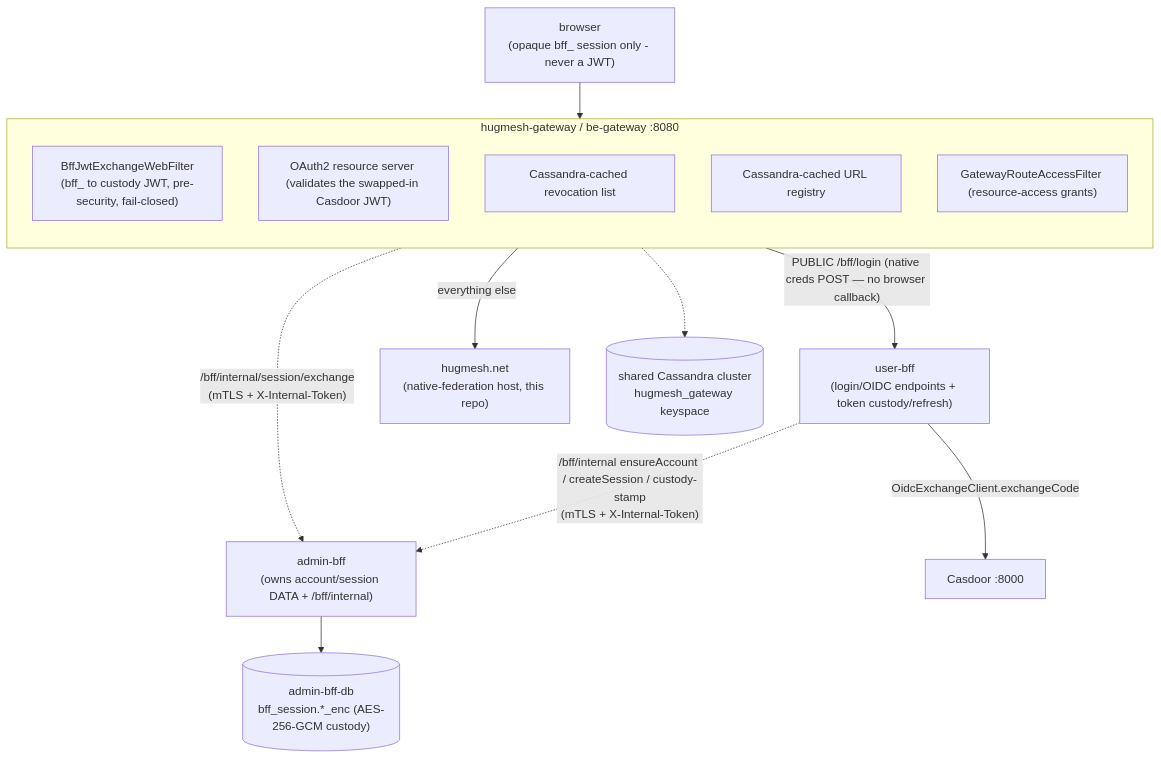
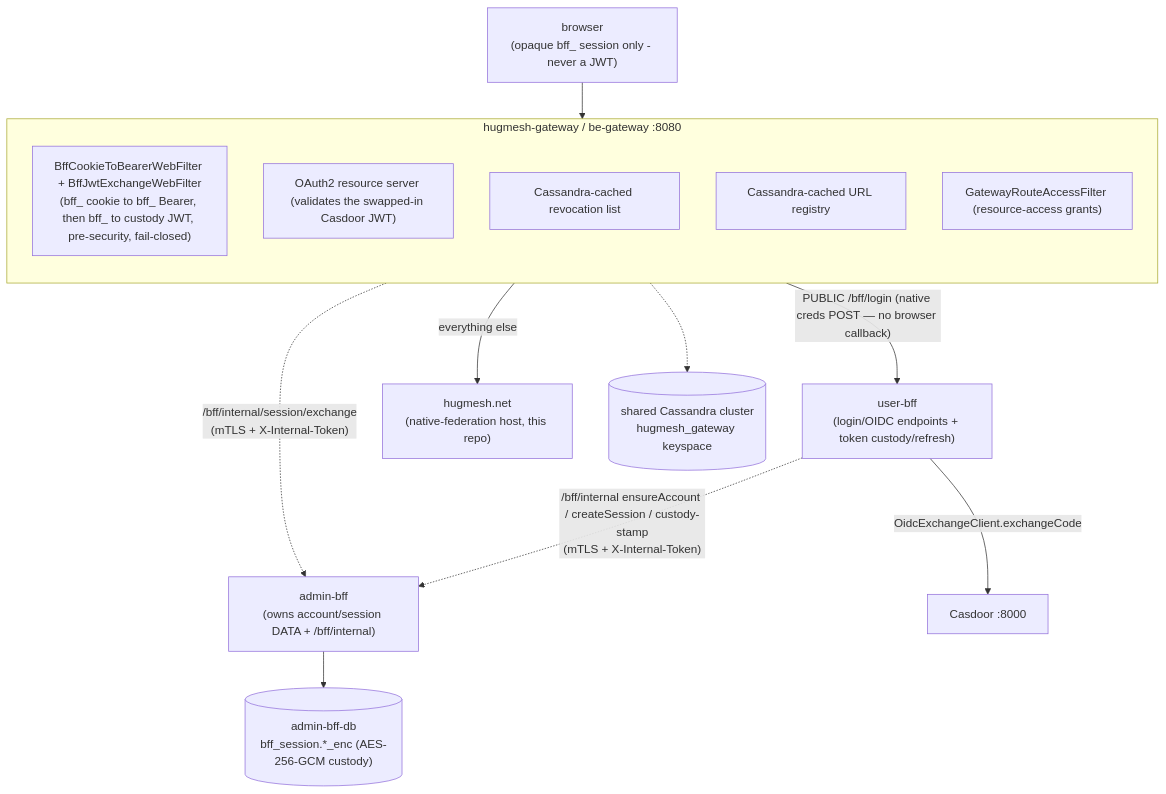
The first of 2 diagrams in content/architecture/platform-topology.md (hugmesh/hugmesh.github.io), drawn with Mermaid before and after one commit. The commit also changed other lines of this file and 166 other files, not shown here.

````diff
--- a/content/architecture/platform-topology.md
+++ b/content/architecture/platform-topology.md
@@ -32,21 +31,21 @@
 ```mermaid
 flowchart TB
   browser["browser<br/>(opaque bff_ session only - never a JWT)"]
   browser --> gw
   subgraph gw["hugmesh-gateway / be-gateway :8080"]
     direction TB
-    g1["BffJwtExchangeWebFilter<br/>(bff_ to custody JWT, pre-security, fail-closed)"]
+    g1["BffCookieToBearerWebFilter + BffJwtExchangeWebFilter<br/>(bff_ cookie to bff_ Bearer, then bff_ to custody JWT, pre-security, fail-closed)"]
     g2["OAuth2 resource server (validates the swapped-in Casdoor JWT)"]
     g3["Cassandra-cached revocation list"]
     g4["Cassandra-cached URL registry"]
     g5["GatewayRouteAccessFilter (resource-access grants)"]
   end
   g1 -.->|"/bff/internal/session/exchange<br/>(mTLS + X-Internal-Token)"| abff
   gw -->|"PUBLIC /bff/login (native creds POST — no browser callback)"| ubff["user-bff<br/>(login/OIDC endpoints + token custody/refresh)"]
   gw -->|"everything else"| host["hugmesh.net<br/>(native-federation host, this repo)"]
   ubff -->|"OidcExchangeClient.exchangeCode"| casdoor["Casdoor :8000"]
   ubff -.->|"/bff/internal ensureAccount / createSession / custody-stamp<br/>(mTLS + X-Internal-Token)"| abff["admin-bff<br/>(owns account/session DATA + /bff/internal)"]
   abff --> abffdb[("admin-bff-db<br/>bff_session.*_enc (AES-256-GCM custody)")]
   cass[("shared Cassandra cluster<br/>hugmesh_gateway keyspace")]
   gw -.-> cass
 ```
````
